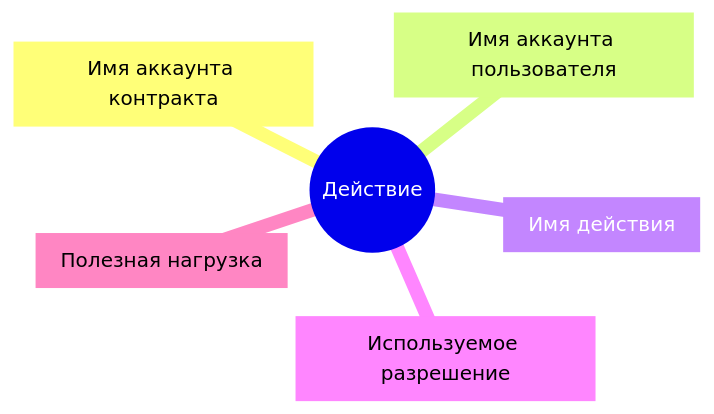
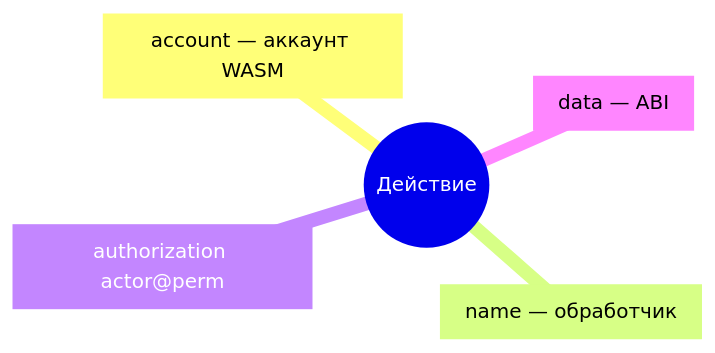
The first of 4 diagrams in docs/documentation/blockchain/transactions.md (coopenomics/coopenomics), drawn with Mermaid before and after one commit. The commit also changed other lines of this file and 260 other files, not shown here.

````diff
--- a/docs/documentation/blockchain/transactions.md
+++ b/docs/documentation/blockchain/transactions.md
@@ -24,9 +22,8 @@
 ```mermaid
 mindmap
   root((Действие))
-    ИмяКонтракта["Имя аккаунта контракта"]
-    ИмяПользователя["Имя аккаунта пользователя"]
-    ИмяДействия["Имя действия"]
-    Разрешение["Используемое разрешение"]
-    Данные["Полезная нагрузка"]
+    Получатель["account — аккаунт WASM"]
+    ИмяМетода["name — обработчик"]
+    Авторизация["authorization actor@perm"]
+    Данные["data — ABI"]
 ```
````
